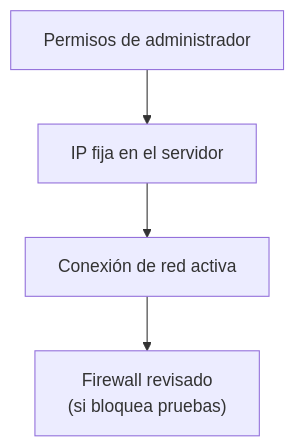
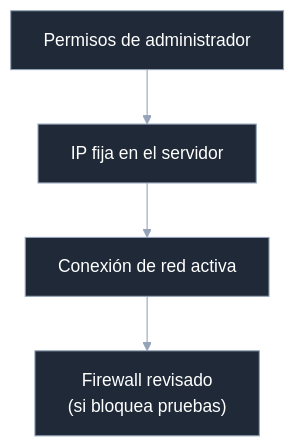
Before and after one commit to chacaejosue/UAGRM-Semestre-I-2026: the fifth of 11 diagrams in INF423-Redes-II/Apuntes/2026-03-24-Segunda-Clase.md, drawn with Mermaid. The commit also changed other lines of this file, not shown here.

Commit message:
Textos blancos en diagramas con texto negro

````diff
--- a/INF423-Redes-II/Apuntes/2026-03-24-Segunda-Clase.md
+++ b/INF423-Redes-II/Apuntes/2026-03-24-Segunda-Clase.md
@@ -138,11 +142,12 @@
 ```mermaid
+%%{init: {"theme":"base","themeVariables":{"primaryColor":"#1f2937","primaryTextColor":"#ffffff","primaryBorderColor":"#94a3b8","lineColor":"#94a3b8","secondaryColor":"#111827","tertiaryColor":"#0b1220","textColor":"#ffffff"}}}%%
 graph TD
     R1["Permisos de administrador"]
     R2["IP fija en el servidor"]
     R3["Conexión de red activa"]
     R4["Firewall revisado<br/>(si bloquea pruebas)"]
 
     R1 --> R2
     R2 --> R3
     R3 --> R4
 ```
````
